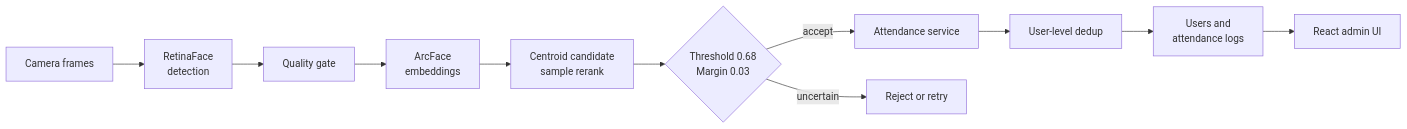
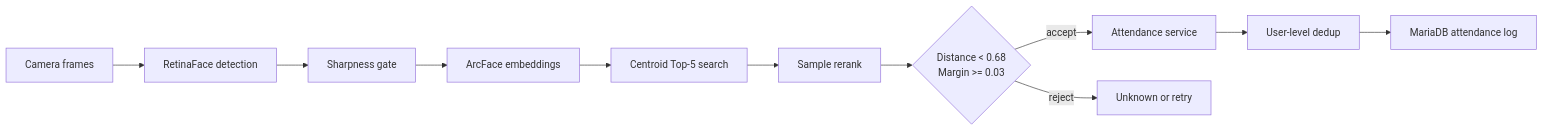
The diagram in README.md (yoon-chan-hyeok/face-attendance-system), drawn with Mermaid before and after one commit. The commit also changed other lines of this file and 76 other files, not shown here.

````diff
--- a/README.md
+++ b/README.md
@@ -37,13 +40,13 @@
-~~~mermaid
+```mermaid
 flowchart LR
-    C["Camera frames"] --> D["RetinaFace<br/>detection"]
-    D --> Q["Quality gate"]
-    Q --> E["ArcFace<br/>embeddings"]
-    E --> M["Centroid candidate<br/>sample rerank"]
-    M --> G{"Threshold 0.68<br/>Margin 0.03"}
+    C["Camera frames"] --> D["RetinaFace detection"]
+    D --> Q["Sharpness gate"]
+    Q --> E["ArcFace embeddings"]
+    E --> M["Centroid Top-5 search"]
+    M --> S["Sample rerank"]
+    S --> G{"Distance < 0.68<br/>Margin >= 0.03"}
     G -->|accept| A["Attendance service"]
-    G -->|uncertain| R["Reject or retry"]
+    G -->|reject| R["Unknown or retry"]
     A --> U["User-level dedup"]
-    U --> DB["Users and<br/>attendance logs"]
-    DB --> UI["React admin UI"]
-~~~
+    U --> DB["MariaDB attendance log"]
+```
````
